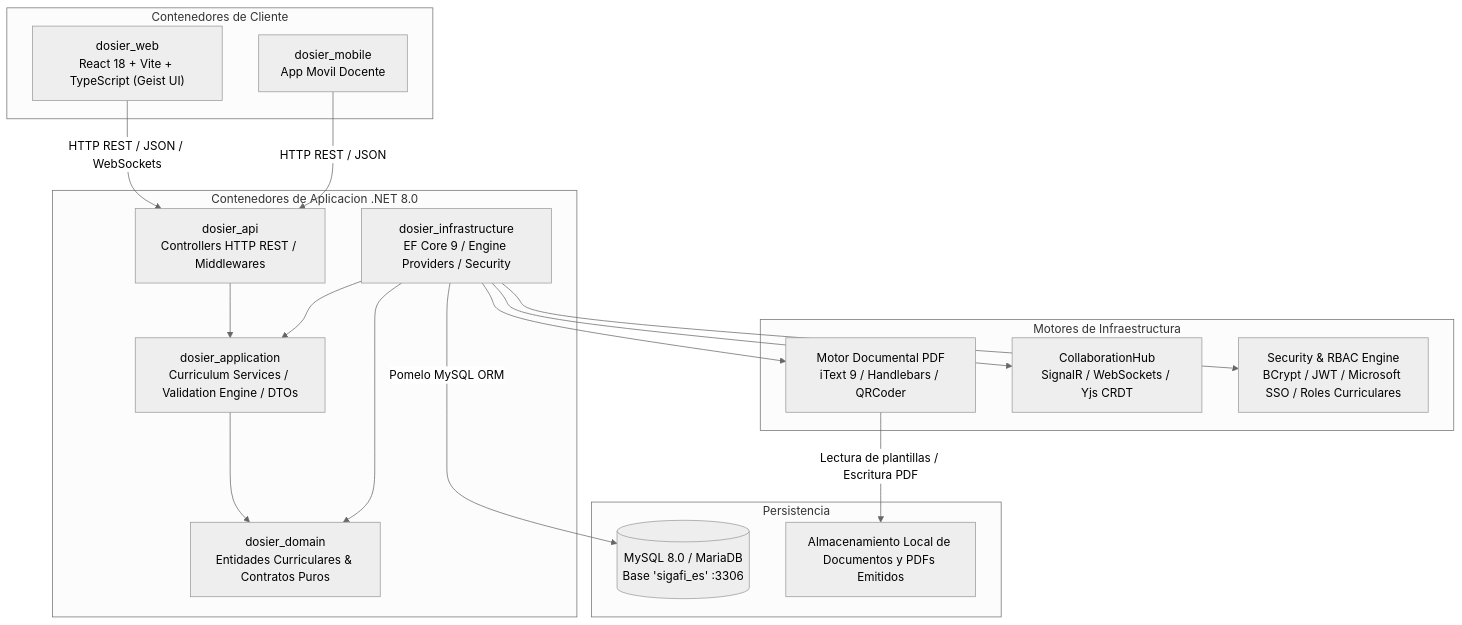
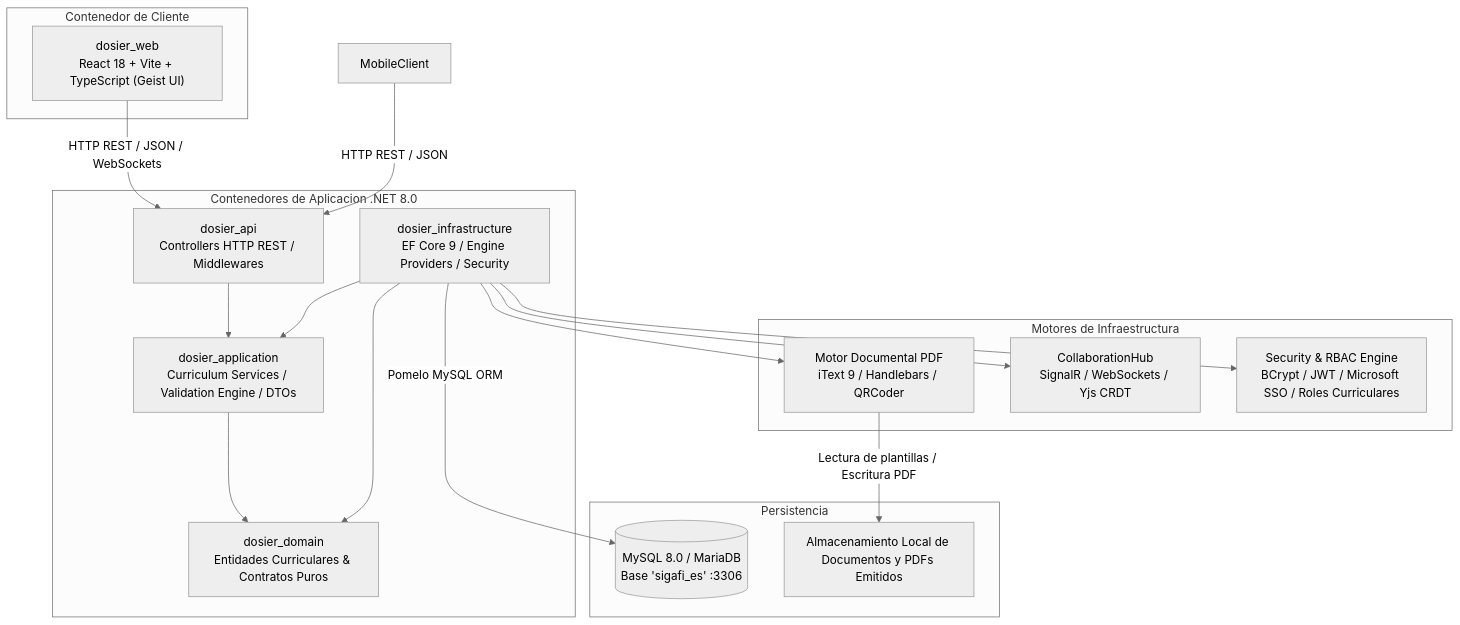
One commit to JorgeDoicela/dosier changed the third of 3 diagrams in docs/documentacion/01-arquitectura/01-macro-arquitectura-clean-arch.md. Above: the diagram before and after it, drawn with Mermaid (neutral theme). The commit also changed other lines of this file and 19 other files, not shown here.

````diff
--- a/docs/documentacion/01-arquitectura/01-macro-arquitectura-clean-arch.md
+++ b/docs/documentacion/01-arquitectura/01-macro-arquitectura-clean-arch.md
@@ -93,40 +92,39 @@
 ```mermaid
 graph TB
-    subgraph Clients [Contenedores de Cliente]
+    subgraph Clients [Contenedor de Cliente]
         WebClient["dosier_web\nReact 18 + Vite + TypeScript (Geist UI)"]
-        MobileClient["dosier_mobile\nApp Movil Docente"]
     end
 
     subgraph BackendServices [Contenedores de Aplicacion .NET 8.0]
         APIContainer["dosier_api\nControllers HTTP REST / Middlewares"]
         AppContainer["dosier_application\nCurriculum Services / Validation Engine / DTOs"]
         DomainContainer["dosier_domain\nEntidades Curriculares & Contratos Puros"]
         InfraContainer["dosier_infrastructure\nEF Core 9 / Engine Providers / Security"]
     end
 
     subgraph SpecializedEngines [Motores de Infraestructura]
         DocEngine["Motor Documental PDF\niText 9 / Handlebars / QRCoder"]
         CoWorkHub["CollaborationHub\nSignalR / WebSockets / Yjs CRDT"]
         SecurityEngine["Security & RBAC Engine\nBCrypt / JWT / Microsoft SSO / Roles Curriculares"]
     end
 
     subgraph DataStorage [Persistencia]
         DB[(MySQL 8.0 / MariaDB\nBase 'sigafi_es' :3306)]
         FileStore["Almacenamiento Local de Documentos y PDFs Emitidos"]
     end
 
     WebClient -->|HTTP REST / JSON / WebSockets| APIContainer
     MobileClient -->|HTTP REST / JSON| APIContainer
 
     APIContainer --> AppContainer
     AppContainer --> DomainContainer
     InfraContainer --> DomainContainer
     InfraContainer --> AppContainer
 
     InfraContainer --> DocEngine
     InfraContainer --> CoWorkHub
     InfraContainer --> SecurityEngine
 
     InfraContainer -->|Pomelo MySQL ORM| DB
     DocEngine -->|Lectura de plantillas / Escritura PDF| FileStore
 ```
````
